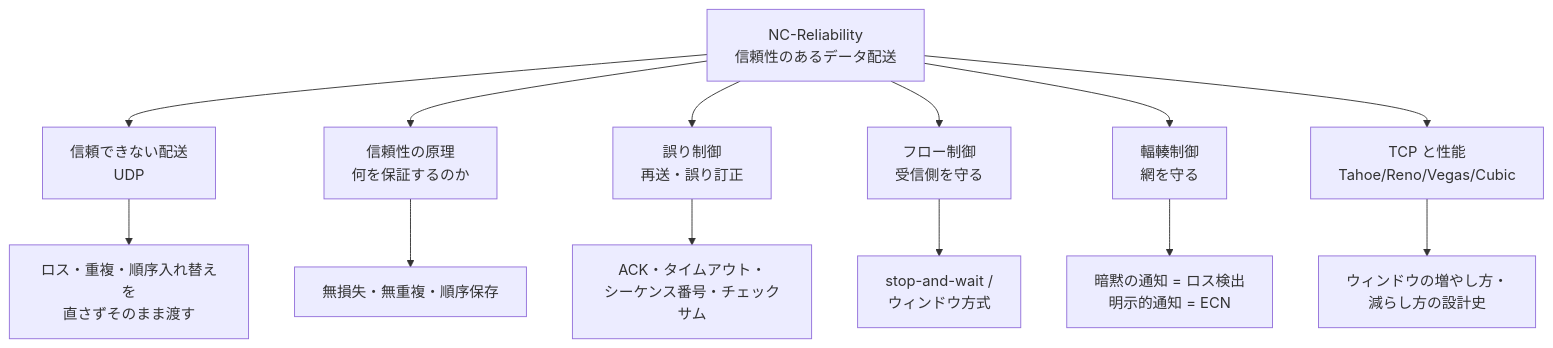
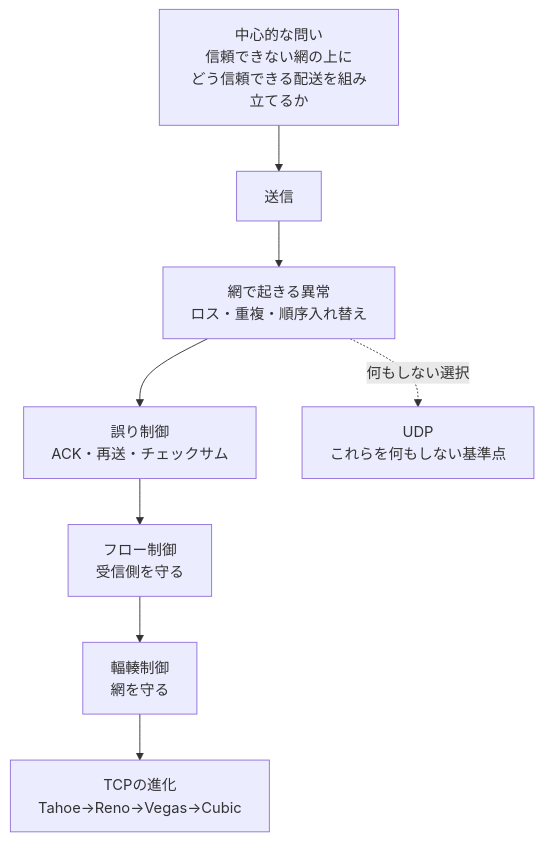
The first of 2 diagrams in docs/NC/NC-Reliability.md (miyataka/cszap), drawn with Mermaid before and after one commit. The commit also changed other lines of this file and 28 other files, not shown here.

First line of the commit message:
docs: redesign 全体像 diagrams per unit (29 pages)

````diff
--- a/docs/NC/NC-Reliability.md
+++ b/docs/NC/NC-Reliability.md
@@ -12,15 +12,14 @@
 ```mermaid
 graph TD
-  A[NC-Reliability<br/>信頼性のあるデータ配送] --> B[信頼できない配送<br/>UDP]
-  A --> C[信頼性の原理<br/>何を保証するのか]
-  A --> D[誤り制御<br/>再送・誤り訂正]
-  A --> E[フロー制御<br/>受信側を守る]
-  A --> F[輻輳制御<br/>網を守る]
-  A --> G[TCP と性能<br/>Tahoe/Reno/Vegas/Cubic]
-  B --> B1[ロス・重複・順序入れ替えを<br/>直さずそのまま渡す]
-  C --> C1[無損失・無重複・順序保存]
-  D --> D1[ACK・タイムアウト・<br/>シーケンス番号・チェックサム]
-  E --> E1[stop-and-wait /<br/>ウィンドウ方式]
-  F --> F1[暗黙の通知 = ロス検出<br/>明示的通知 = ECN]
-  G --> G1[ウィンドウの増やし方・<br/>減らし方の設計史]
+  Q["中心的な問い<br/>信頼できない網の上に<br/>どう信頼できる配送を組み立てるか"]
+  SEND["送信"]
+  ANOM["網で起きる異常<br/>ロス・重複・順序入れ替え"]
+  ERR["誤り制御<br/>ACK・再送・チェックサム"]
+  FLOW["フロー制御<br/>受信側を守る"]
+  CONG["輻輳制御<br/>網を守る"]
+  TCPV["TCPの進化<br/>Tahoe→Reno→Vegas→Cubic"]
+  UDP["UDP<br/>これらを何もしない基準点"]
+
+  Q --> SEND --> ANOM --> ERR --> FLOW --> CONG --> TCPV
+  ANOM -.->|何もしない選択| UDP
 ```
````
